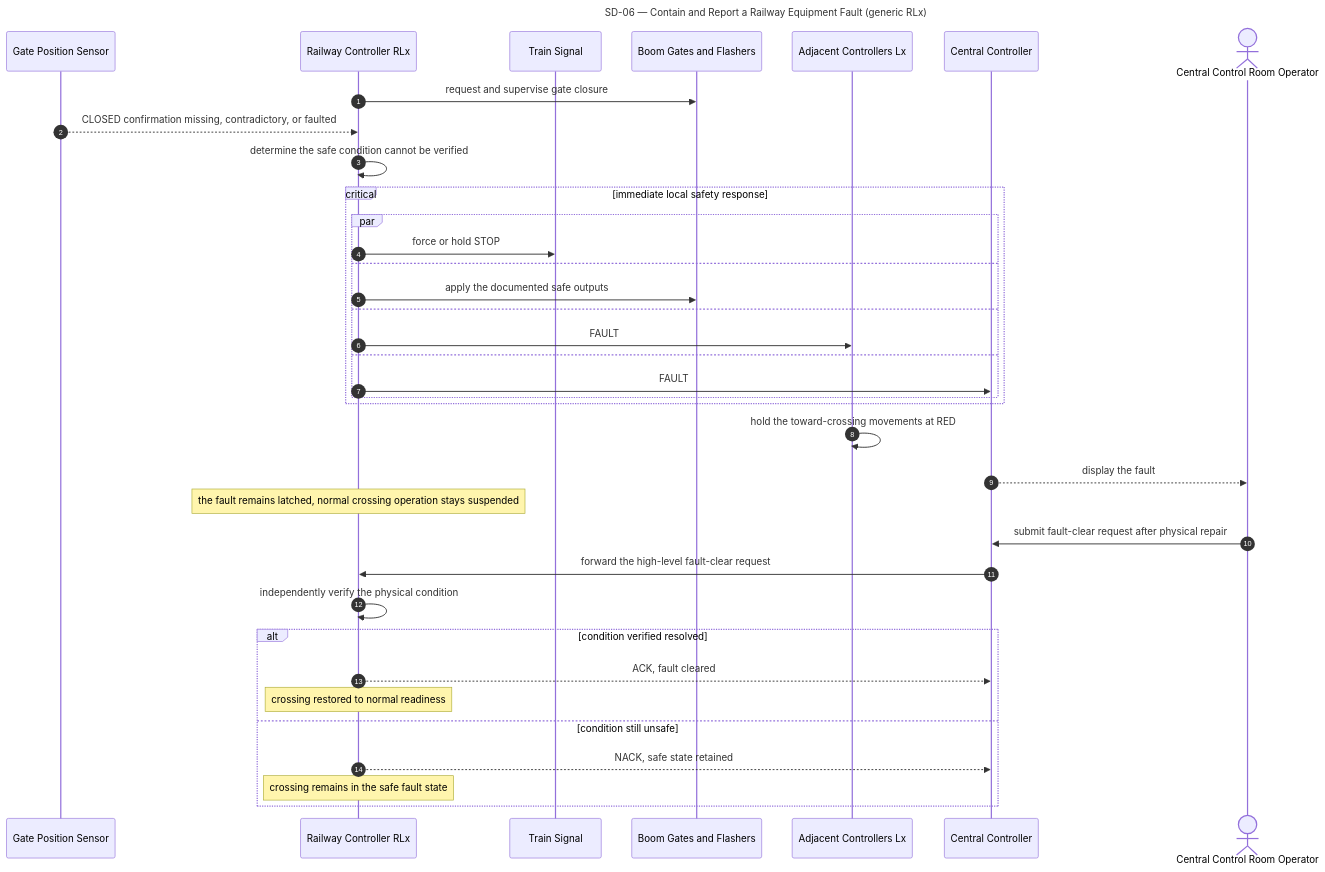
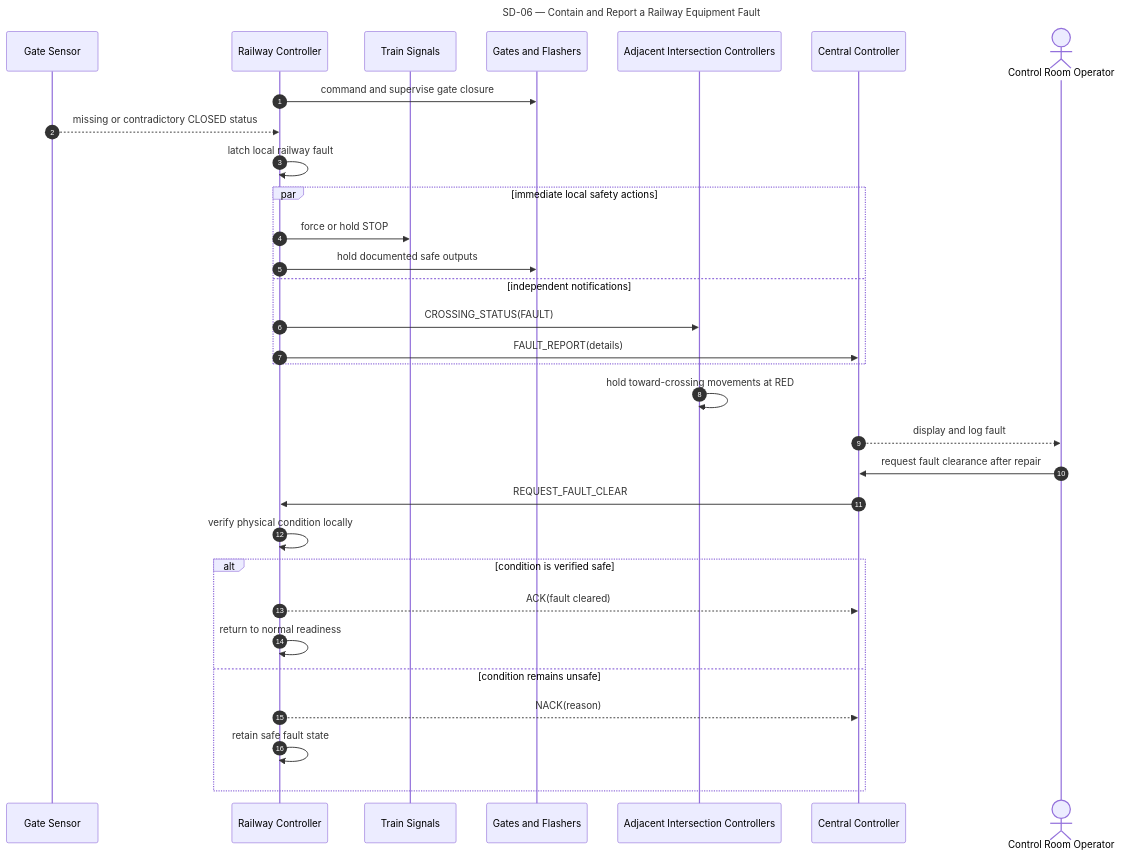
One commit to lucietran03/traffic-control-system changed the sixth of 8 diagrams in SEQUENCE_DIAGRAMS.md. Above: the diagram before and after it, drawn with Mermaid. The commit also changed other lines of this file, not shown here.

Commit message:
Make sequence diagrams report-ready

````diff
--- a/SEQUENCE_DIAGRAMS.md
+++ b/SEQUENCE_DIAGRAMS.md
@@ -439,49 +275,44 @@
 ```mermaid
 ---
-title: SD-06 — Contain and Report a Railway Equipment Fault (generic RLx)
+title: SD-06 — Contain and Report a Railway Equipment Fault
 ---
 sequenceDiagram
     accTitle: SD-06 Contain and Report a Railway Equipment Fault
-    accDescr: Chronological flow of a railway controller detecting an unverifiable gate state, forcing the safe outputs and reporting the fault in parallel, and later processing a verified fault-clear request.
+    accDescr: A railway controller applies local safe outputs and reports a gate fault in parallel before processing a later verified fault-clear request.
     autonumber
 
-    participant BgS as Gate Position Sensor
-    participant RLx as Railway Controller RLx
-    participant TS as Train Signal
-    participant BGFL as Boom Gates and Flashers
-    participant Lx as Adjacent Controllers Lx
+    participant GS as Gate Sensor
+    participant RLx as Railway Controller
+    participant TS as Train Signals
+    participant BGFL as Gates and Flashers
+    participant Lx as Adjacent Intersection Controllers
     participant C1 as Central Controller
-    actor Op as Central Control Room Operator
+    actor Op as Control Room Operator
 
-    RLx->>BGFL: request and supervise gate closure
-    BgS-->>RLx: CLOSED confirmation missing, contradictory, or faulted
-    RLx->>RLx: determine the safe condition cannot be verified
+    RLx->>BGFL: command and supervise gate closure
+    GS-->>RLx: missing or contradictory CLOSED status
+    RLx->>RLx: latch local railway fault
 
-    critical immediate local safety response
-        par
-            RLx->>TS: force or hold STOP
-        and
-            RLx->>BGFL: apply the documented safe outputs
-        and
-            RLx->>Lx: FAULT
-        and
-            RLx->>C1: FAULT
-        end
+    par immediate local safety actions
+        RLx->>TS: force or hold STOP
+        RLx->>BGFL: hold documented safe outputs
+    and independent notifications
+        RLx->>Lx: CROSSING_STATUS(FAULT)
+        RLx->>C1: FAULT_REPORT(details)
     end
 
-    Lx->>Lx: hold the toward-crossing movements at RED
-    C1-->>Op: display the fault
-    Note over RLx: the fault remains latched, normal crossing operation stays suspended
+    Lx->>Lx: hold toward-crossing movements at RED
+    C1-->>Op: display and log fault
 
-    Op->>C1: submit fault-clear request after physical repair
-    C1->>RLx: forward the high-level fault-clear request
-    RLx->>RLx: independently verify the physical condition
+    Op->>C1: request fault clearance after repair
+    C1->>RLx: REQUEST_FAULT_CLEAR
+    RLx->>RLx: verify physical condition locally
 
-    alt condition verified resolved
-        RLx-->>C1: ACK, fault cleared
-        Note over RLx: crossing restored to normal readiness
-    else condition still unsafe
-        RLx-->>C1: NACK, safe state retained
-        Note over RLx: crossing remains in the safe fault state
+    alt condition is verified safe
+        RLx-->>C1: ACK(fault cleared)
+        RLx->>RLx: return to normal readiness
+    else condition remains unsafe
+        RLx-->>C1: NACK(reason)
+        RLx->>RLx: retain safe fault state
     end
 ```
````
